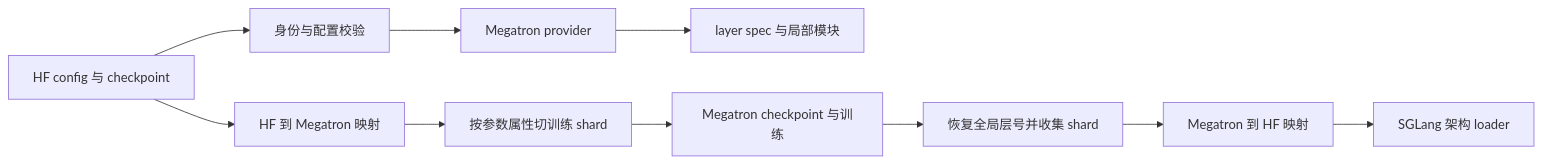
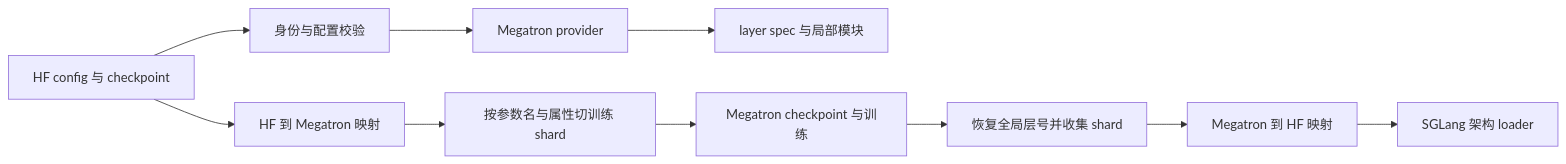
The diagram in wiki/02_engineering/04_posttrain_frameworks/slime/23_slime_model_architecture_extension_analysis.md (suhaibo666/llm-knowledge), drawn with Mermaid before and after one commit. The commit also changed other lines of this file and 223 other files, not shown here.

````diff
--- a/wiki/02_engineering/04_posttrain_frameworks/slime/23_slime_model_architecture_extension_analysis.md
+++ b/wiki/02_engineering/04_posttrain_frameworks/slime/23_slime_model_architecture_extension_analysis.md
@@ -75,12 +168,12 @@
 ```mermaid
 flowchart LR
     HF["HF config 与 checkpoint"] --> ID["身份与配置校验"]
     ID --> MP["Megatron provider"]
     MP --> SP["layer spec 与局部模块"]
     HF --> HM["HF 到 Megatron 映射"]
-    HM --> SH["按参数属性切训练 shard"]
+    HM --> SH["按参数名与属性切训练 shard"]
     SH --> CK["Megatron checkpoint 与训练"]
     CK --> GS["恢复全局层号并收集 shard"]
     GS --> MH["Megatron 到 HF 映射"]
     MH --> SG["SGLang 架构 loader"]
 ```
````
